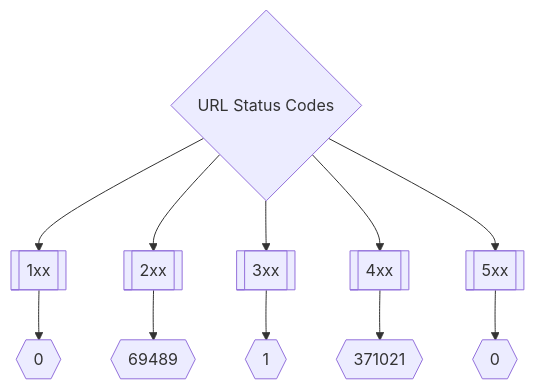
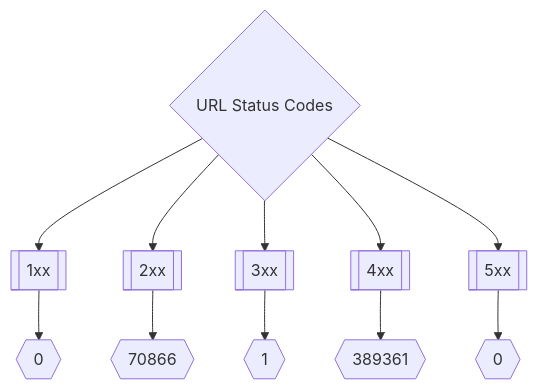
One commit to trickest/inventory changed the second of 3 diagrams in README.md. Above: the diagram before and after it, drawn with Mermaid. The commit also changed other lines of this file, not shown here.

Commit message:
Update Thu Apr 28 14:09:21 UTC 2022

````diff
--- a/README.md
+++ b/README.md
@@ -173,8 +173,8 @@
 ```mermaid
 graph TD
 title{URL Status Codes} --> 1xx[[1xx]] --> status1xxNum{{0}}
-title --> 2xx[[2xx]] --> status2xxNum{{69489}}
+title --> 2xx[[2xx]] --> status2xxNum{{70866}}
 title --> 3xx[[3xx]] --> status3xxNum{{1}}
-title --> 4xx[[4xx]] --> status4xxNum{{371021}}
+title --> 4xx[[4xx]] --> status4xxNum{{389361}}
 title --> 5xx[[5xx]] --> status5xxNum{{0}}
 ```
````
